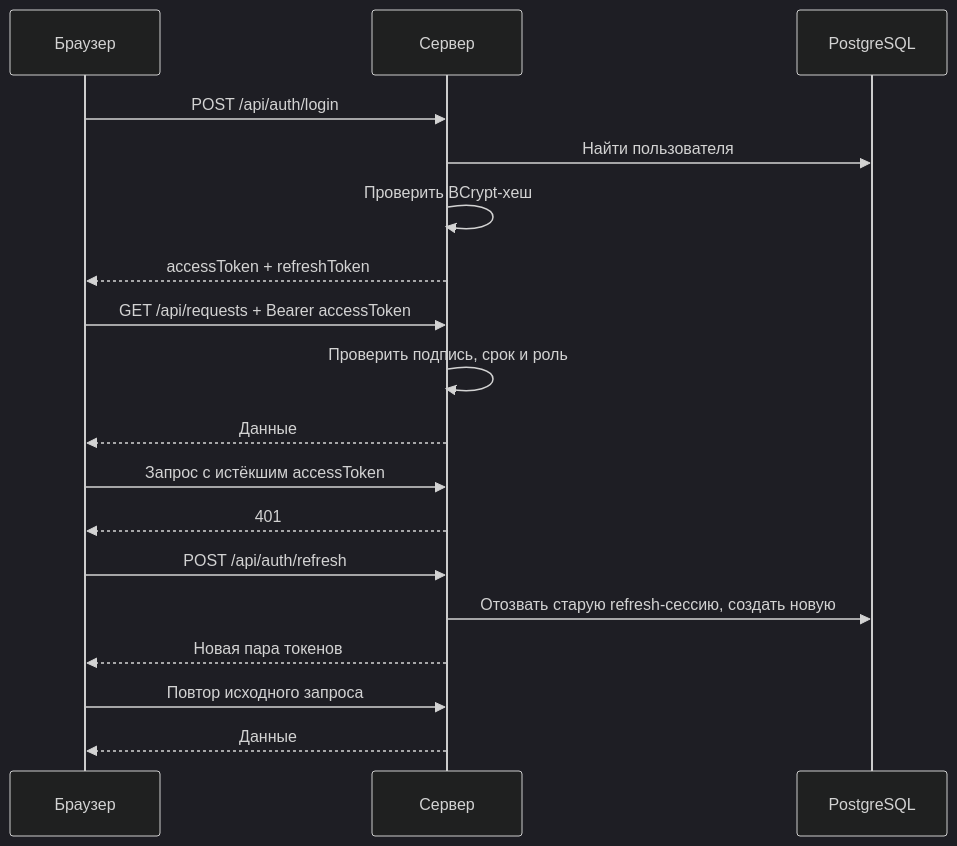
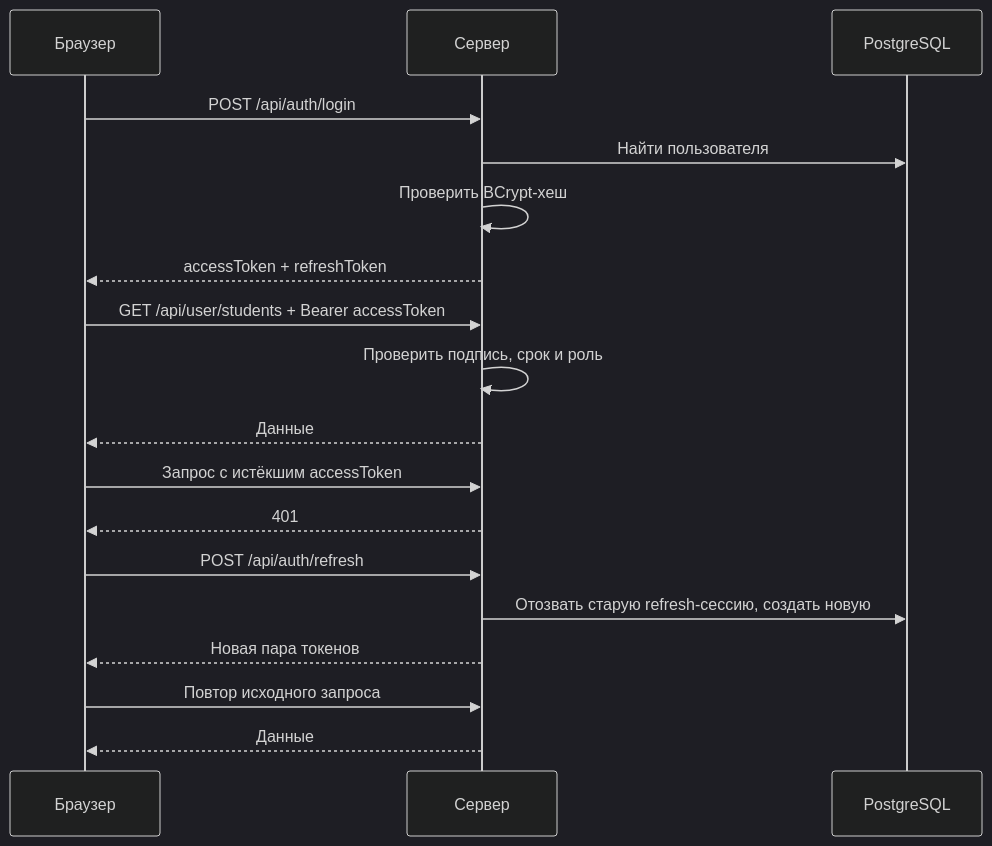
Before and after one commit to l1234-tech/student-management: the second of 2 diagrams in 3 lab/README.md, drawn with Mermaid (dark theme). The commit also changed other lines of this file, not shown here.

Commit message:
Document role-specific student API routes

````diff
--- a/3 lab/README.md
+++ b/3 lab/README.md
@@ -379,20 +379,20 @@
 ```mermaid
 sequenceDiagram
     participant B as Браузер
     participant S as Сервер
     participant D as PostgreSQL
     B->>S: POST /api/auth/login
     S->>D: Найти пользователя
     S->>S: Проверить BCrypt-хеш
     S-->>B: accessToken + refreshToken
-    B->>S: GET /api/requests + Bearer accessToken
+    B->>S: GET /api/user/students + Bearer accessToken
     S->>S: Проверить подпись, срок и роль
     S-->>B: Данные
     B->>S: Запрос с истёкшим accessToken
     S-->>B: 401
     B->>S: POST /api/auth/refresh
     S->>D: Отозвать старую refresh-сессию, создать новую
     S-->>B: Новая пара токенов
     B->>S: Повтор исходного запроса
     S-->>B: Данные
 ```
````
